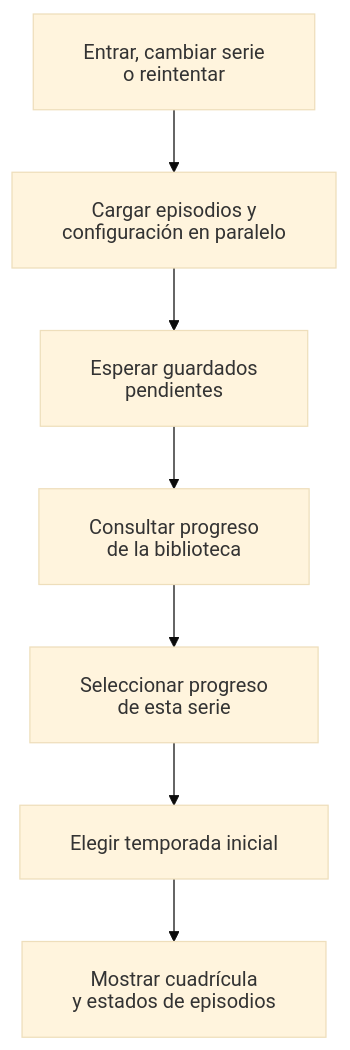
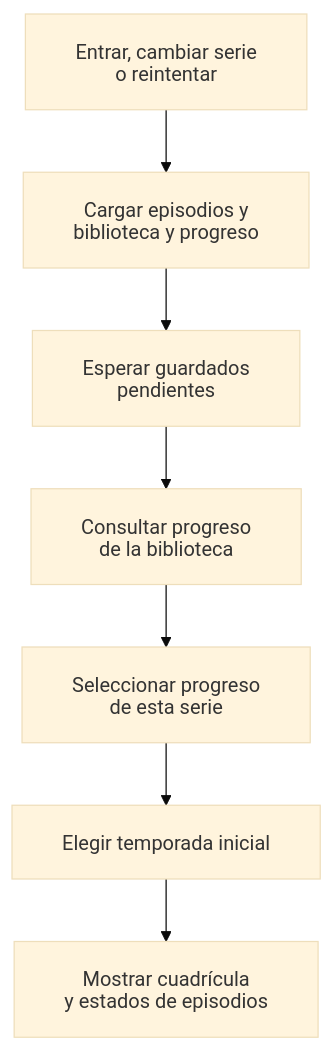
The first of 2 diagrams in documentacion/docs/frontend/paginas/series-detail.md (DavidSarabia06/HuexMediaApp), drawn with Mermaid (base theme) before and after one commit. The commit also changed other lines of this file and 49 other files, not shown here.

````diff
--- a/documentacion/docs/frontend/paginas/series-detail.md
+++ b/documentacion/docs/frontend/paginas/series-detail.md
@@ -63,16 +63,16 @@
 ```mermaid
 ---
 config:
   htmlLabels: false
   flowchart:
     useMaxWidth: true
     padding: 20
 ---
 flowchart TD
-    A["Entrar, cambiar serie<br/>o reintentar"] --> B["Cargar episodios y<br/>configuración en paralelo"]
+    A["Entrar, cambiar serie<br/>o reintentar"] --> B["Cargar episodios y<br/>biblioteca y progreso"]
     B --> C["Esperar guardados pendientes"]
     C --> D["Consultar progreso<br/>de la biblioteca"]
     D --> E["Seleccionar progreso<br/>de esta serie"]
     E --> F["Elegir temporada inicial"]
     F --> G["Mostrar cuadrícula<br/>y estados de episodios"]
 ```
````
